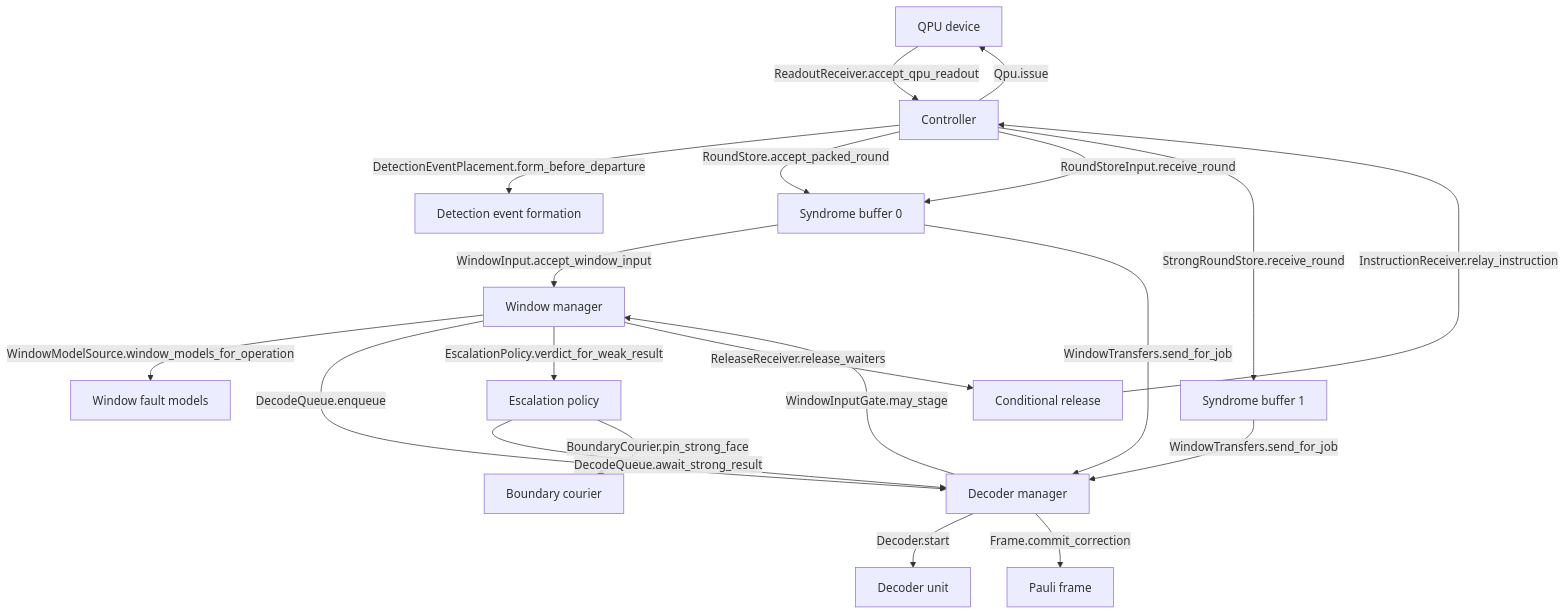
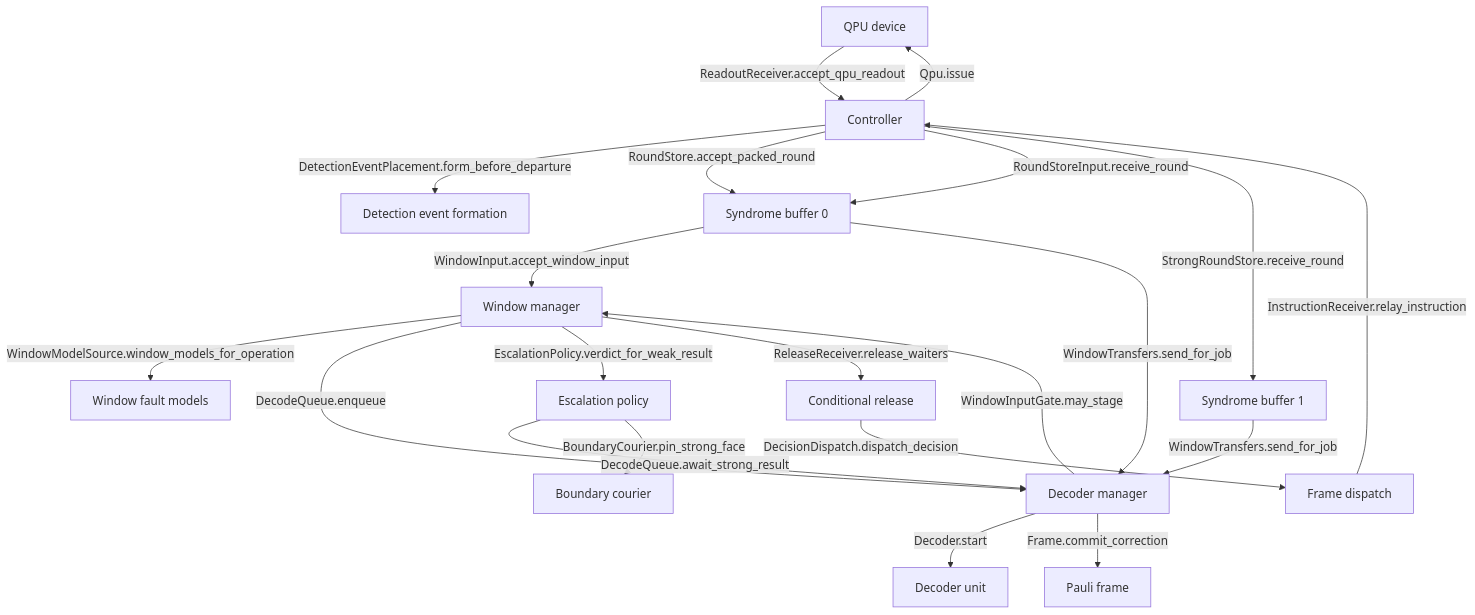
Before and after one commit to Subashkatel/decsim: the diagram in docs/explanation/architecture.md, drawn with Mermaid. The commit also changed 13 other files, not shown here.

````diff
--- a/docs/explanation/architecture.md
+++ b/docs/explanation/architecture.md
@@ -43,35 +43,37 @@
 ```mermaid
 graph TD
     %% Qpu = qpu
     %% Controller = controller
     %% Formation = detector_error_model
     %% Buffer0 = syndrome_buffer
     %% Buffer1 = syndrome_buffer
     %% Windows = windows
     %% Models = qpu
     %% Decoders = decoders
     %% Unit = decoders
     %% Escalation = escalation
     %% Courier = windows
     %% Frame = pauli_frame
     %% Release = controller
+    %% Dispatch = pauli_frame
     Qpu["QPU device"] -->|"ReadoutReceiver.accept_qpu_readout"| Controller
     Controller -->|"DetectionEventPlacement.form_before_departure"| Formation["Detection event formation"]
     Controller -->|"RoundStore.accept_packed_round"| Buffer0["Syndrome buffer 0"]
     Controller -->|"RoundStoreInput.receive_round"| Buffer0
     Controller -->|"StrongRoundStore.receive_round"| Buffer1["Syndrome buffer 1"]
     Buffer0 -->|"WindowInput.accept_window_input"| Windows["Window manager"]
     Windows -->|"WindowModelSource.window_models_for_operation"| Models["Window fault models"]
     Windows -->|"DecodeQueue.enqueue"| Decoders["Decoder manager"]
     Buffer0 -->|"WindowTransfers.send_for_job"| Decoders
     Decoders -->|"WindowInputGate.may_stage"| Windows
     Decoders -->|"Decoder.start"| Unit["Decoder unit"]
     Windows -->|"EscalationPolicy.verdict_for_weak_result"| Escalation["Escalation policy"]
     Escalation -->|"DecodeQueue.await_strong_result"| Decoders
     Escalation -->|"BoundaryCourier.pin_strong_face"| Courier["Boundary courier"]
     Buffer1 -->|"WindowTransfers.send_for_job"| Decoders
     Decoders -->|"Frame.commit_correction"| Frame["Pauli frame"]
     Windows -->|"ReleaseReceiver.release_waiters"| Release["Conditional release"]
-    Release -->|"InstructionReceiver.relay_instruction"| Controller
+    Release -->|"DecisionDispatch.dispatch_decision"| Dispatch["Frame dispatch"]
+    Dispatch -->|"InstructionReceiver.relay_instruction"| Controller
     Controller -->|"Qpu.issue"| Qpu
 ```
````
